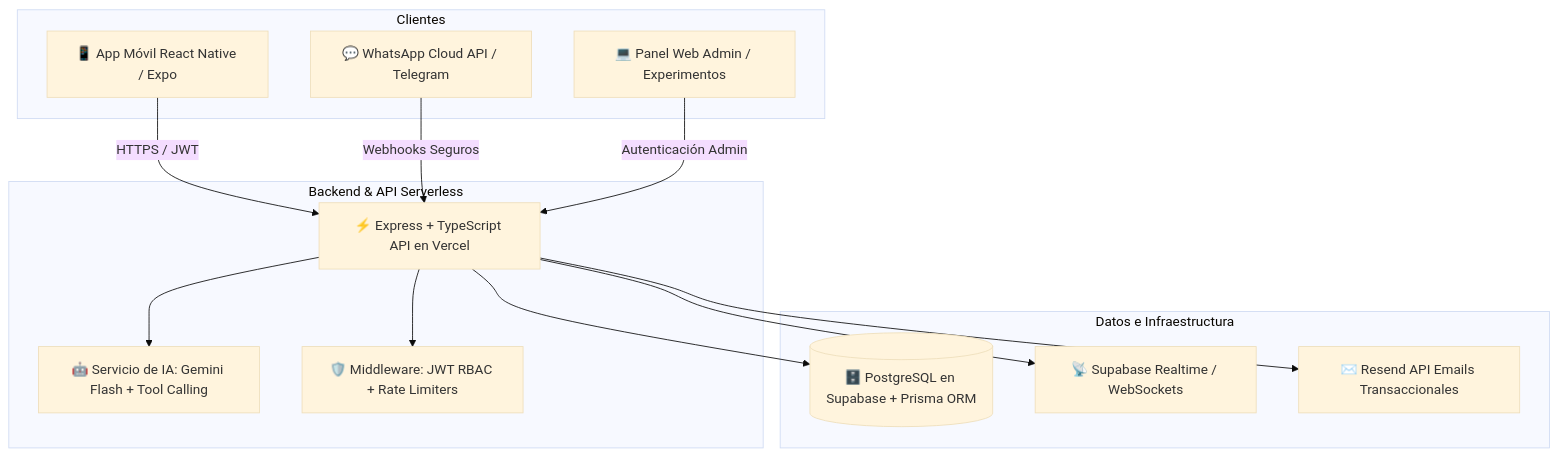
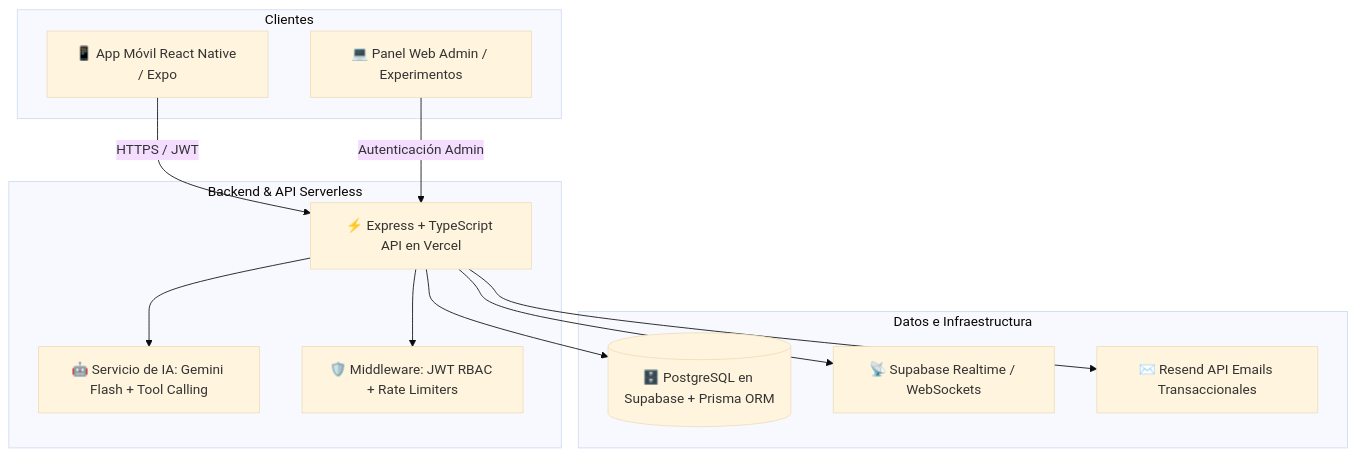
The diagram in GUIA_SISTEMA_AYNI_CARE.md (ChrisMar0512/Ayni_Care), drawn with Mermaid (base theme) before and after one commit. The commit also changed other lines of this file and 1 other file, not shown here.

Commit message:
docs: remove whatsapp/telegram references and update guide with verified vercel status

````diff
--- a/GUIA_SISTEMA_AYNI_CARE.md
+++ b/GUIA_SISTEMA_AYNI_CARE.md
@@ -25,29 +25,27 @@
 ```mermaid
 graph TD
     subgraph Clientes
         A["📱 App Móvil React Native / Expo"]
-        B["💬 WhatsApp Cloud API / Telegram"]
         C["💻 Panel Web Admin / Experimentos"]
     end
 
     subgraph Backend & API Serverless
         D["⚡ Express + TypeScript API en Vercel"]
         E["🤖 Servicio de IA: Gemini Flash + Tool Calling"]
         F["🛡️ Middleware: JWT RBAC + Rate Limiters"]
     end
 
     subgraph Datos e Infraestructura
         G[("🗄️ PostgreSQL en Supabase + Prisma ORM")]
         H["📡 Supabase Realtime / WebSockets"]
         I["✉️ Resend API Emails Transaccionales"]
     end
 
     A -->|HTTPS / JWT| D
-    B -->|Webhooks Seguros| D
     C -->|Autenticación Admin| D
     D --> E
     D --> F
     D --> G
     D --> H
     D --> I
 ```
````
